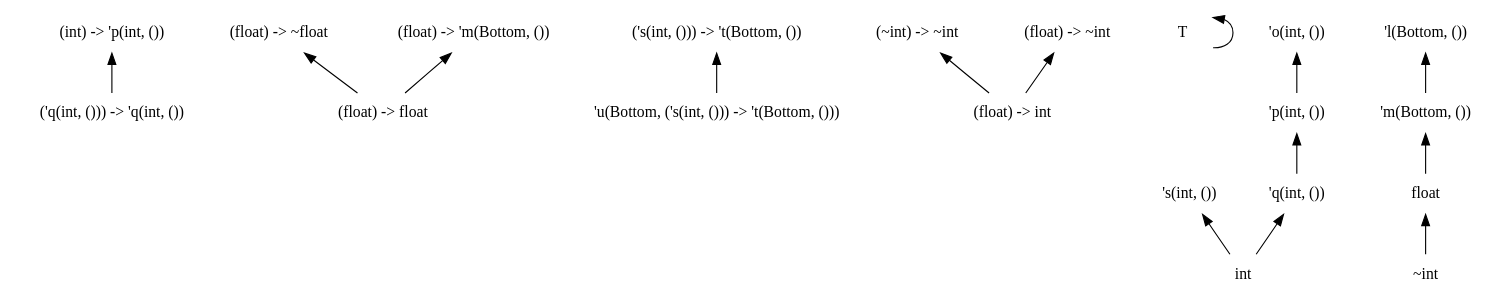
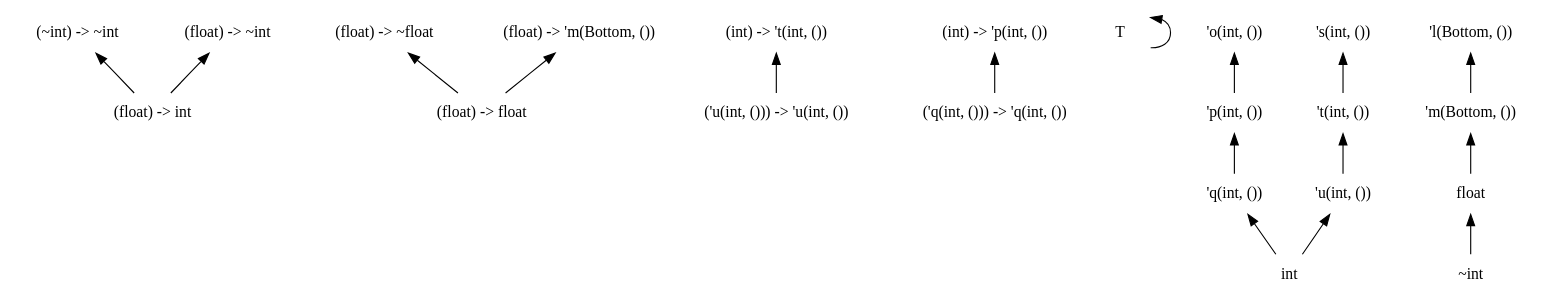
The diagram in dots/7.dot (chocobo333/regino), drawn with Graphviz before and after one commit. The commit also changed 39 other files, not shown here.

```diff
--- a/dots/7.dot
+++ b/dots/7.dot
@@ -1,45 +1,49 @@
 digraph order {
   graph [
     size = "30,10"
     ];
   node [
     shape = none
     ];
   edge [
     dir = back
     ];
-  "('q(int, ())) -> 'q(int, ())"
+  "(float) -> int"
+  "(float) -> float"
   "(float) -> ~float"
   "(float) -> 'm(Bottom, ())"
-  "('s(int, ())) -> 't(Bottom, ())"
+  "(int) -> 't(int, ())"
   "(int) -> 'p(int, ())"
   "(~int) -> ~int"
   "(float) -> ~int"
   "T"
-  "'u(Bottom, ('s(int, ())) -> 't(Bottom, ()))"
+  "'t(int, ())"
+  "'u(int, ())"
   "'p(int, ())"
   "'q(int, ())"
   "'m(Bottom, ())"
   "'s(int, ())"
   "'o(int, ())"
   "'l(Bottom, ())"
   "float"
   "int"
   "~int"
-  "(float) -> int"
-  "(float) -> float"
+  "('u(int, ())) -> 'u(int, ())"
+  "('q(int, ())) -> 'q(int, ())"
   "(~int) -> ~int" -> "(float) -> int"
   "(float) -> ~int" -> "(float) -> int"
   "(float) -> ~float" -> "(float) -> float"
   "(float) -> 'm(Bottom, ())" -> "(float) -> float"
   "T" -> "T"
   "float" -> "~int"
-  "'s(int, ())" -> "int"
+  "'s(int, ())" -> "'t(int, ())"
+  "'u(int, ())" -> "int"
+  "'t(int, ())" -> "'u(int, ())"
   "'o(int, ())" -> "'p(int, ())"
   "'q(int, ())" -> "int"
   "'p(int, ())" -> "'q(int, ())"
   "'l(Bottom, ())" -> "'m(Bottom, ())"
   "'m(Bottom, ())" -> "float"
-  "('s(int, ())) -> 't(Bottom, ())" -> "'u(Bottom, ('s(int, ())) -> 't(Bottom, ()))"
+  "(int) -> 't(int, ())" -> "('u(int, ())) -> 'u(int, ())"
   "(int) -> 'p(int, ())" -> "('q(int, ())) -> 'q(int, ())"
 }
```
